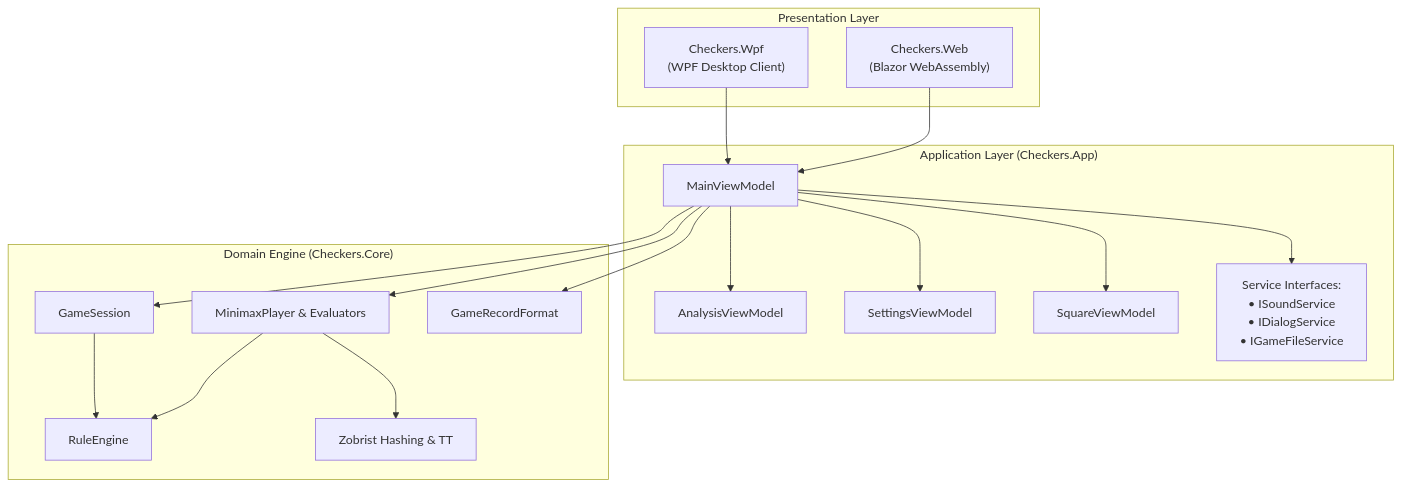
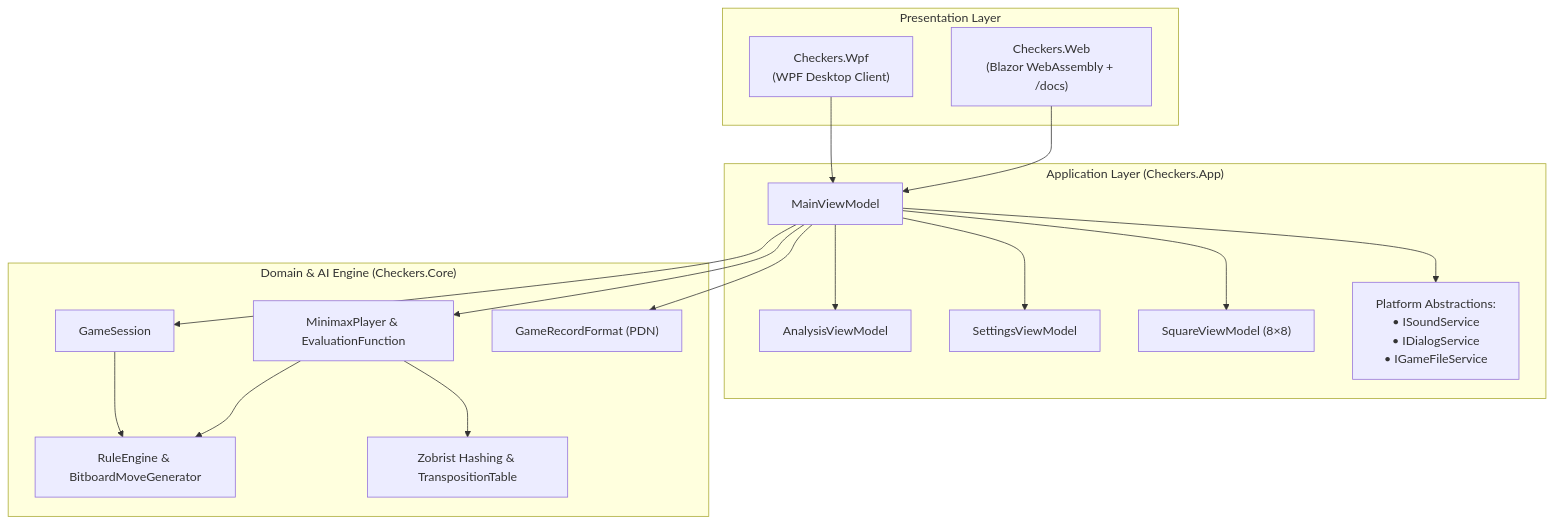
The first of 2 diagrams in docs/brain/11-app-integration.md (cjp-dev/Checkers), drawn with Mermaid before and after one commit. The commit also changed other lines of this file and 19 other files, not shown here.

````diff
--- a/docs/brain/11-app-integration.md
+++ b/docs/brain/11-app-integration.md
@@ -17,36 +17,36 @@
 ```mermaid
 flowchart TD
     subgraph Presentation ["Presentation Layer"]
         WPF["Checkers.Wpf<br/>(WPF Desktop Client)"]
-        Web["Checkers.Web<br/>(Blazor WebAssembly)"]
+        Web["Checkers.Web<br/>(Blazor WebAssembly + /docs)"]
     end
 
     subgraph Application ["Application Layer (Checkers.App)"]
         MainVM["MainViewModel"]
         AnalysisVM["AnalysisViewModel"]
         SettingsVM["SettingsViewModel"]
-        SquareVM["SquareViewModel"]
-        Services["Service Interfaces:<br/>• ISoundService<br/>• IDialogService<br/>• IGameFileService"]
+        SquareVM["SquareViewModel (8×8)"]
+        Services["Platform Abstractions:<br/>• ISoundService<br/>• IDialogService<br/>• IGameFileService"]
     end
 
-    subgraph Domain ["Domain Engine (Checkers.Core)"]
+    subgraph Domain ["Domain & AI Engine (Checkers.Core)"]
         Session["GameSession"]
-        RuleEngine["RuleEngine"]
-        AI["MinimaxPlayer & Evaluators"]
-        Zobrist["Zobrist Hashing & TT"]
-        PDN["GameRecordFormat"]
+        RuleEngine["RuleEngine & BitboardMoveGenerator"]
+        AI["MinimaxPlayer & EvaluationFunction"]
+        Zobrist["Zobrist Hashing & TranspositionTable"]
+        PDN["GameRecordFormat (PDN)"]
     end
 
     WPF --> MainVM
     Web --> MainVM
     MainVM --> AnalysisVM
     MainVM --> SettingsVM
     MainVM --> SquareVM
     MainVM --> Services
     MainVM --> Session
     Session --> RuleEngine
     MainVM --> AI
     AI --> RuleEngine
     AI --> Zobrist
     MainVM --> PDN
 ```
````
